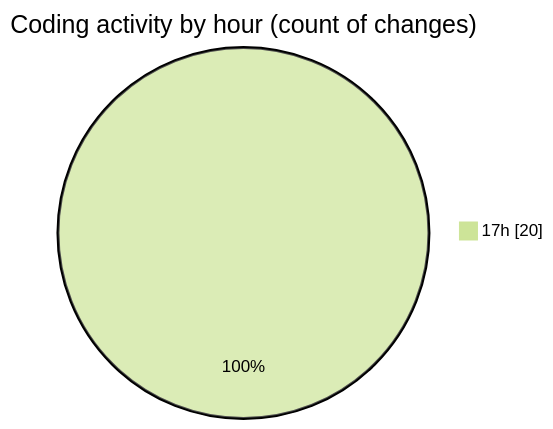
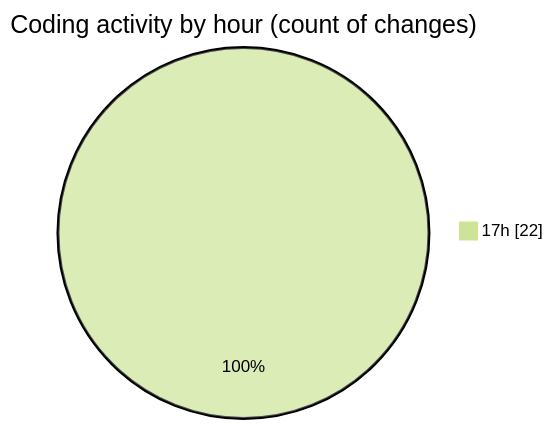
One commit to Netris89/code-tracking changed the second of 2 diagrams in 2025-10-30/skintrack/README.md. Above: the diagram before and after it, drawn with Mermaid (forest theme). The commit also changed other lines of this file and 1 other file, not shown here.

````diff
--- a/2025-10-30/skintrack/README.md
+++ b/2025-10-30/skintrack/README.md
@@ -30,5 +30,5 @@
 ```mermaid
 pie showData
 title Coding activity by hour (count of changes)
-"17h" : 20
+"17h" : 22
 ```
````
